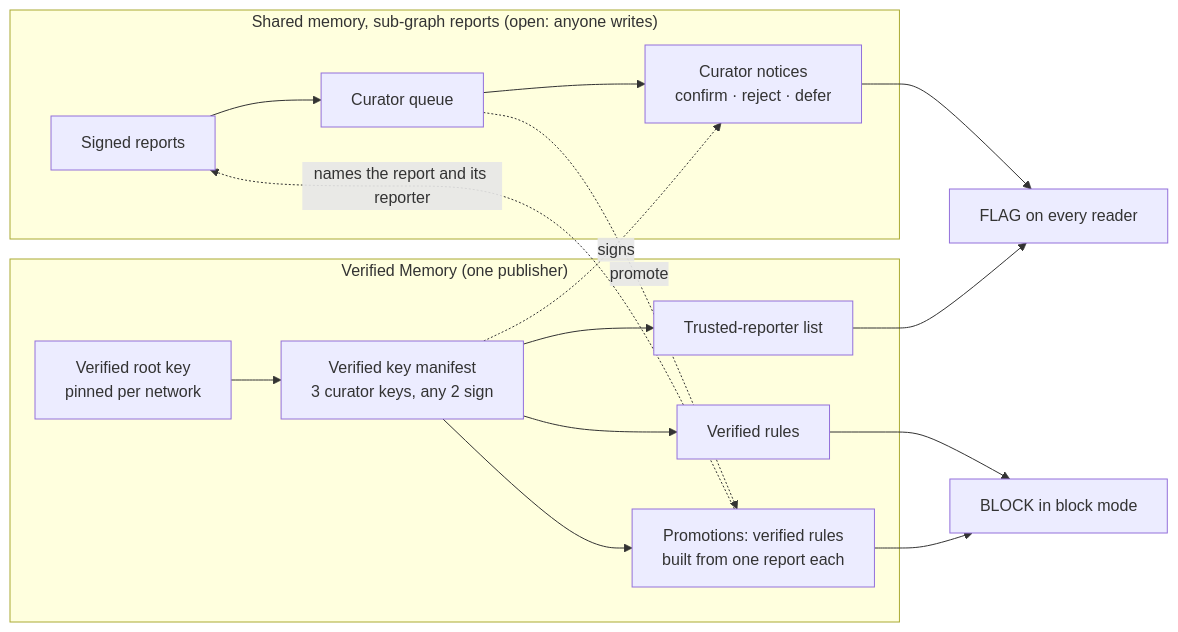
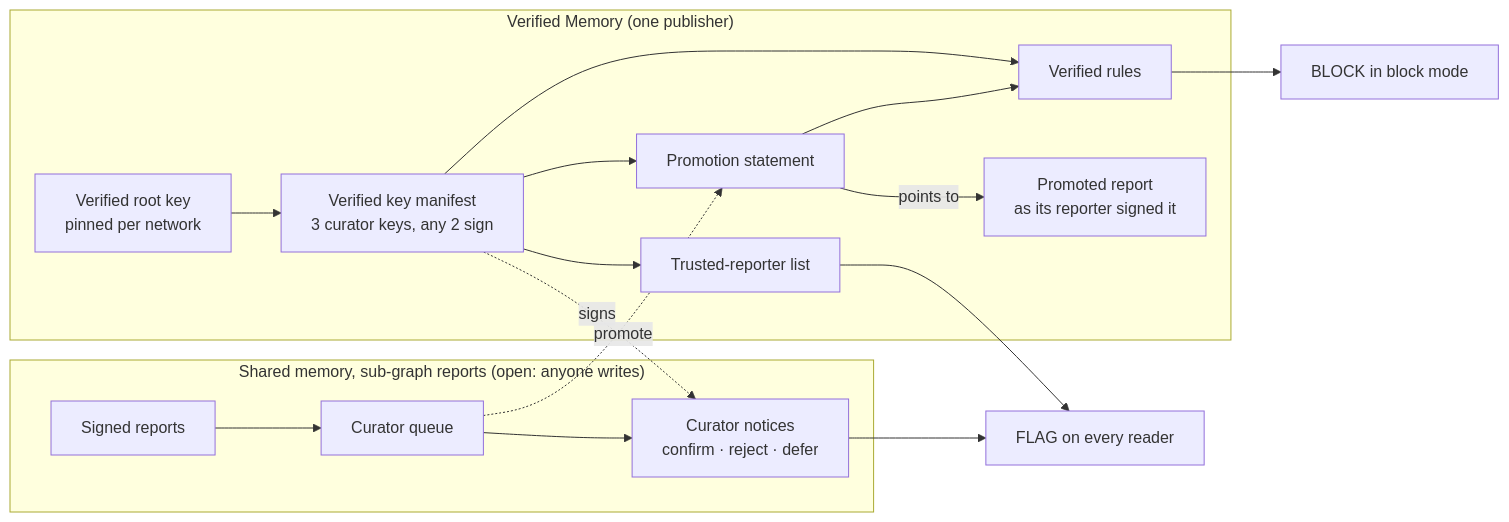
The third of 6 diagrams in README.md (branarakic-agent/agent-blackbox), drawn with Mermaid before and after one commit. The commit also changed other lines of this file and 4 other files, not shown here.

First line of the commit message:
docs(blackbox): a promotion publishes the report itself, as main does

````diff
--- a/README.md
+++ b/README.md
@@ -331,20 +331,20 @@
 ```mermaid
 flowchart LR
     subgraph SM["Shared memory, sub-graph reports (open: anyone writes)"]
         R["Signed reports"] --> Q["Curator queue"]
         Q --> N["Curator notices<br/>confirm · reject · defer"]
     end
     subgraph VMEM["Verified Memory (one publisher)"]
         VR["Verified root key<br/>pinned per network"] --> VM["Verified key manifest<br/>3 curator keys, any 2 sign"]
         VM --> TL["Trusted-reporter list"]
         VM --> VRULE["Verified rules"]
-        VM --> P["Promotions: verified rules<br/>built from one report each"]
+        VM --> P["Promotion statement"]
+        P -->|points to| PR["Promoted report<br/>as its reporter signed it"]
     end
     VM -. "signs" .-> N
     Q -. "promote" .-> P
-    P -. "names the report and its reporter" .-> R
     N --> FLAG["FLAG on every reader"]
     TL --> FLAG
+    P --> VRULE
     VRULE --> BLOCK["BLOCK in block mode"]
-    P --> BLOCK
 ```
````
